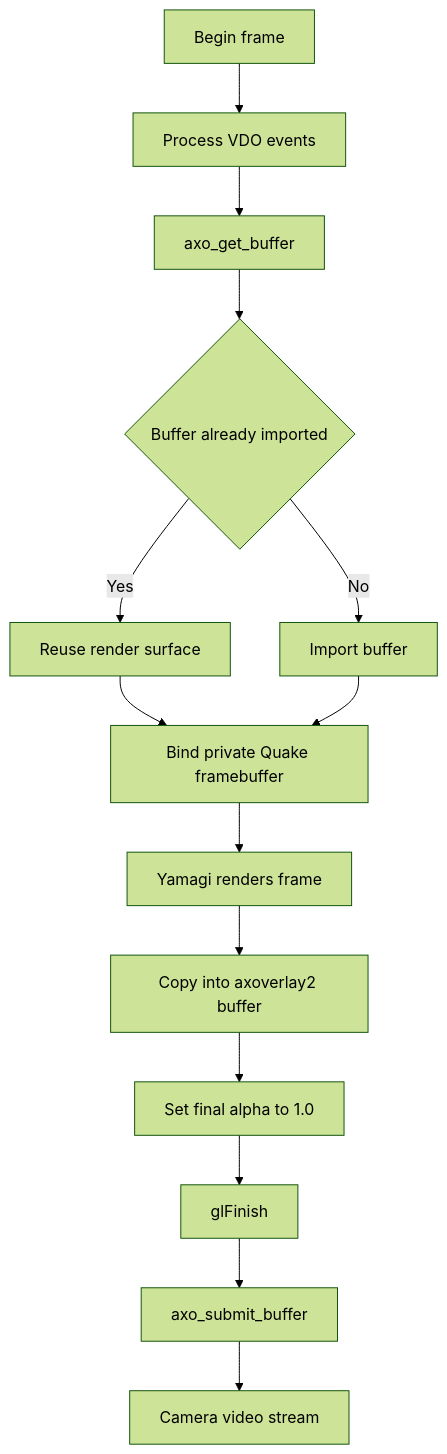
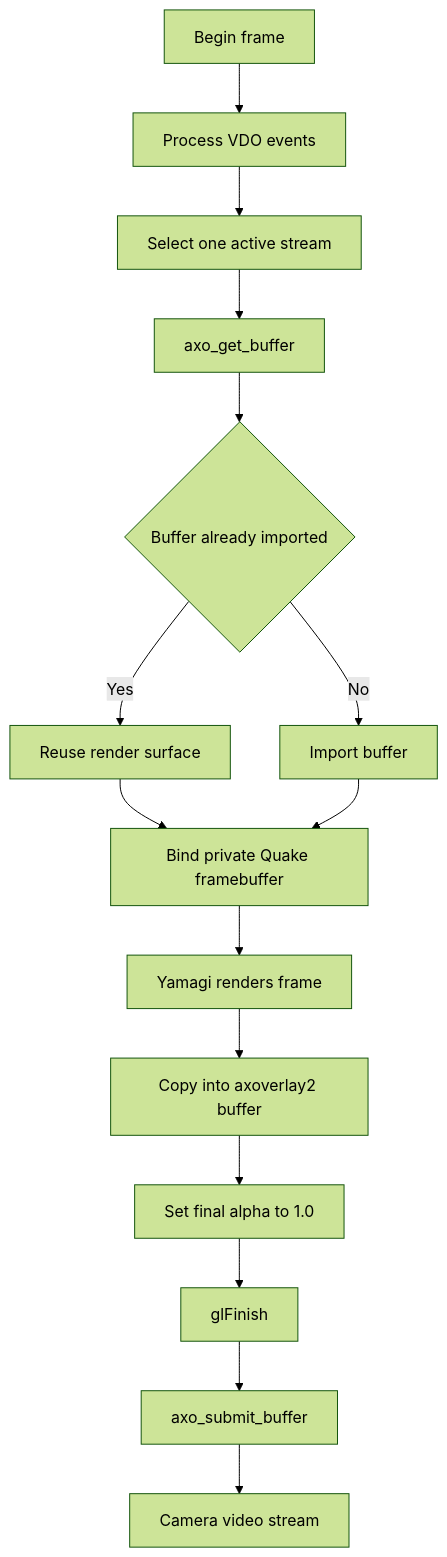
Before and after one commit to ErikMN/acap_quake2: the fourth of 5 diagrams in docs/ARCHITECTURE.md, drawn with Mermaid (forest theme). The commit also changed other lines of this file and 4 other files, not shown here.

````diff
--- a/docs/ARCHITECTURE.md
+++ b/docs/ARCHITECTURE.md
@@ -286,21 +330,22 @@
 ```mermaid
 flowchart TD
     Begin[Begin frame]
     Events[Process VDO events]
+    Select[Select one active stream]
     Acquire[axo_get_buffer]
     Known{Buffer already imported}
     Reuse[Reuse render surface]
     Import[Import buffer]
     Bind[Bind private Quake framebuffer]
     Render[Yamagi renders frame]
     Blit[Copy into axoverlay2 buffer]
     Alpha[Set final alpha to 1.0]
     Finish[glFinish]
     Submit[axo_submit_buffer]
     Video[Camera video stream]
 
-    Begin --> Events --> Acquire --> Known
+    Begin --> Events --> Select --> Acquire --> Known
     Known -->|Yes| Reuse --> Bind
     Known -->|No| Import --> Bind
     Bind --> Render --> Blit --> Alpha --> Finish --> Submit --> Video
 ```
````
